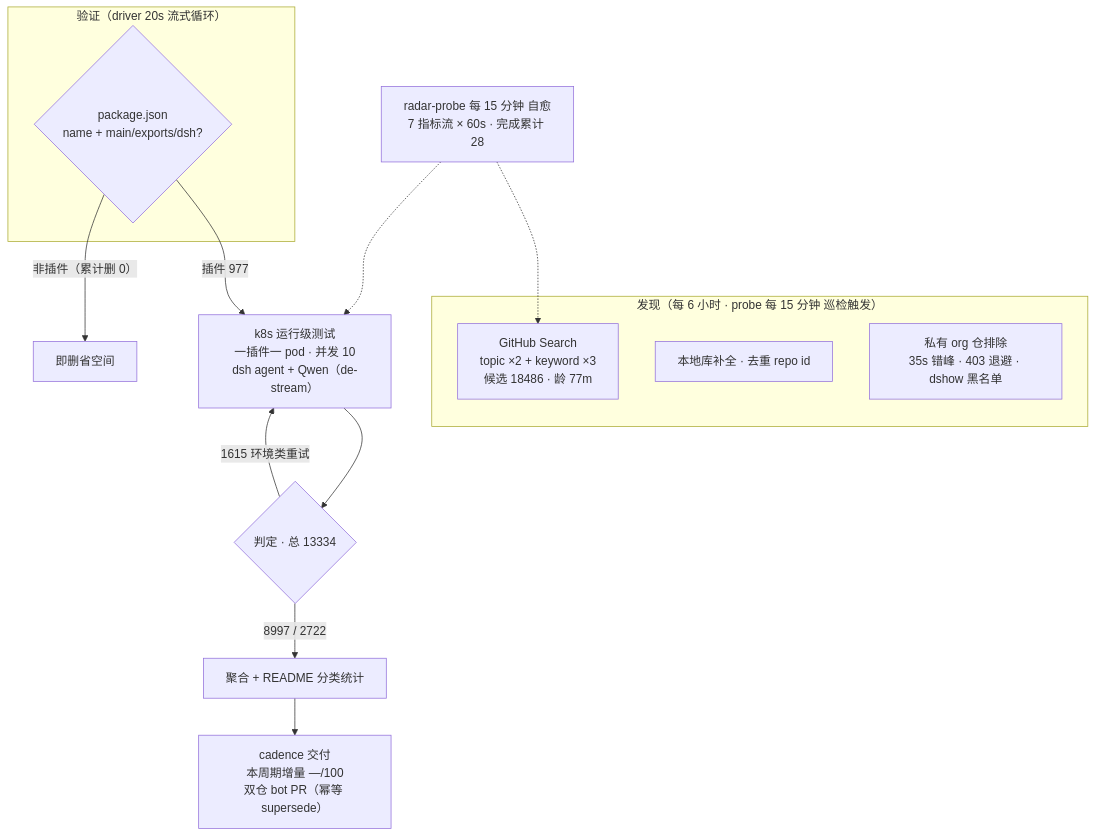
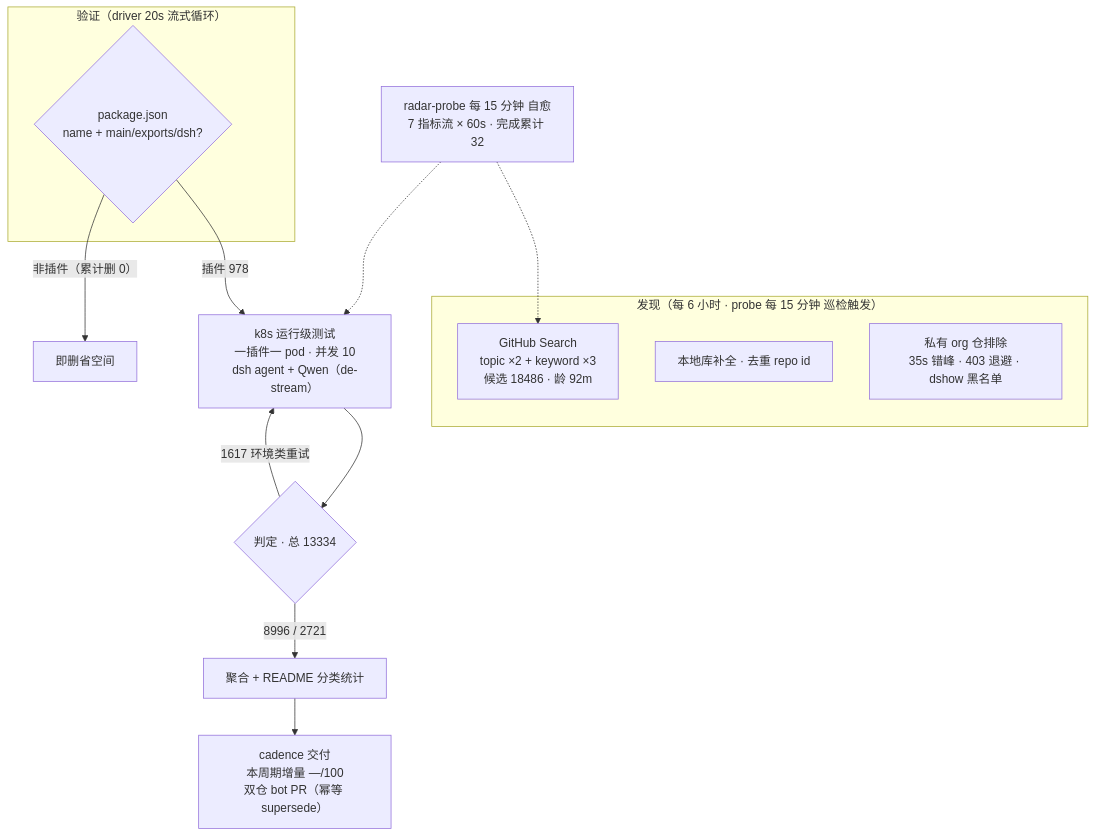
One commit to AdamPlatin123/dsh-plugin-radar changed the diagram in README.md. Above: the diagram before and after it, drawn with Mermaid. The commit also changed other lines of this file and 6 other files, not shown here.

````diff
--- a/README.md
+++ b/README.md
@@ -52,20 +52,20 @@
 ```mermaid
 flowchart TB
     subgraph Discovery["发现（每 6 小时 · probe 每 15 分钟 巡检触发）"]
-        A1["GitHub Search<br/>topic ×2 + keyword ×3<br/>候选 18486 · 龄 77m"]
+        A1["GitHub Search<br/>topic ×2 + keyword ×3<br/>候选 18486 · 龄 92m"]
         A2["本地库补全 · 去重 repo id"]
         A3["私有 org 仓排除<br/>35s 错峰 · 403 退避 · dshow 黑名单"]
     end
     subgraph Validation["验证（driver 20s 流式循环）"]
         B1{"package.json<br/>name + main/exports/dsh?"}
     end
-    B1 -->|"插件 977"| C1["k8s 运行级测试<br/>一插件一 pod · 并发 10<br/>dsh agent + Qwen（de-stream）"]
+    B1 -->|"插件 978"| C1["k8s 运行级测试<br/>一插件一 pod · 并发 10<br/>dsh agent + Qwen（de-stream）"]
     B1 -->|"非插件（累计删 0）"| B3["即删省空间"]
     C1 --> D1{"判定 · 总 13334"}
-    D1 -->|"8997 / 2722"| E1["聚合 + README 分类统计"]
-    D1 -->|"1615 环境类重试"| C1
+    D1 -->|"8996 / 2721"| E1["聚合 + README 分类统计"]
+    D1 -->|"1617 环境类重试"| C1
     E1 --> E2["cadence 交付<br/>本周期增量 —/100<br/>双仓 bot PR（幂等 supersede）"]
-    M["radar-probe 每 15 分钟 自愈<br/>7 指标流 × 60s · 完成累计 28"]
+    M["radar-probe 每 15 分钟 自愈<br/>7 指标流 × 60s · 完成累计 32"]
     M -.-> A1
     M -.-> C1
 ```
````
